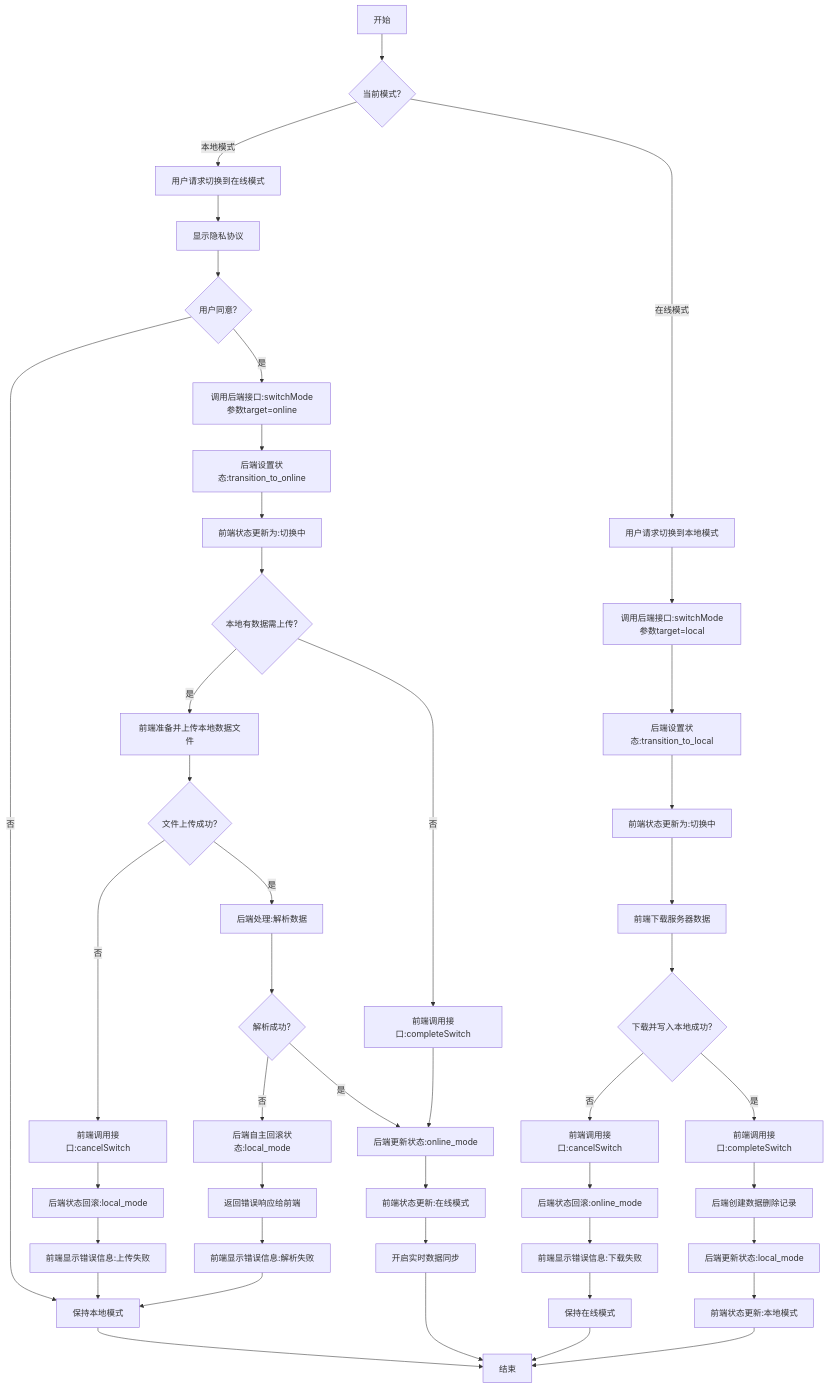
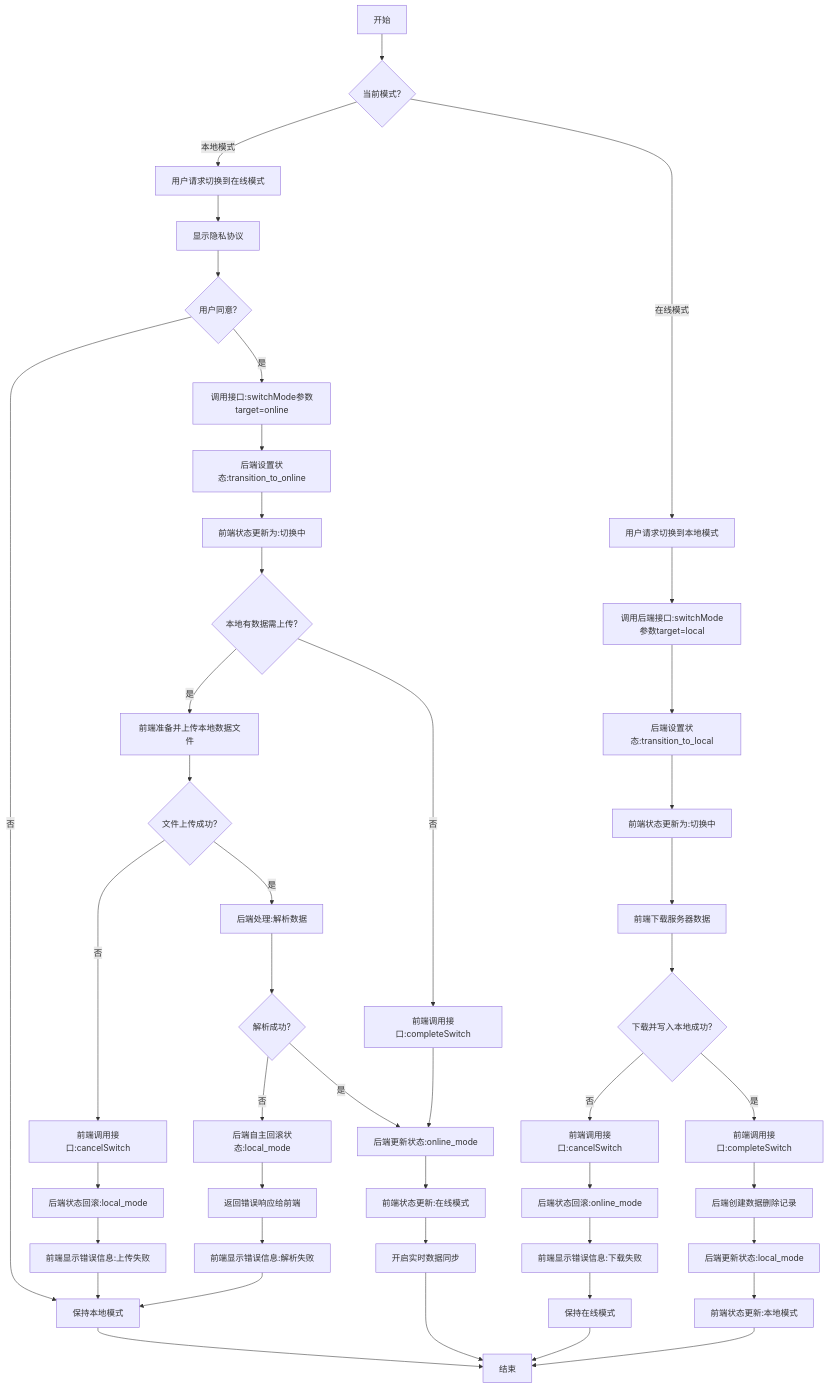
One commit to yingjianzh/iodraw-files changed the diagram in all/未命名-58.md. Above: the diagram before and after it, drawn with Mermaid.

Commit message:
2025-05-14 10:42:42 update

````diff
--- a/all/未命名-58.md
+++ b/all/未命名-58.md
@@ -1,68 +1,68 @@
 ```mermaid
 flowchart TD
     A[开始] --> B{当前模式?}
     
     %% 本地模式转在线模式
     B -->|本地模式| C[用户请求切换到在线模式]
     C --> D[显示隐私协议]
     D --> E{用户同意?}
 
     E -->|否| F[保持本地模式]
     F --> Z[结束]
     
-    E -->|是| G[调用后端接口:switchMode参数target=online]
+    E -->|是| G[调用接口:switchMode参数target=online]
     G --> H[后端设置状态:transition_to_online]
     H --> I[前端状态更新为:切换中]
     
     I --> J{本地有数据需上传?}
     
     %% 有本地数据需上传的情况
     J -->|是| K[前端准备并上传本地数据文件]
     K --> L{文件上传成功?}
     
     %% 上传失败的情况
     L -->|否| M[前端调用接口:cancelSwitch]
     M --> N[后端状态回滚:local_mode]
     N --> O[前端显示错误信息:上传失败]
     O --> F
     
     %% 上传成功但解析失败的情况
     L -->|是| P[后端处理:解析数据]
     P --> Q{解析成功?}
     Q -->|否| R[后端自主回滚状态:local_mode]
     R --> S[返回错误响应给前端]
     S --> T[前端显示错误信息:解析失败]
     T --> F
     
     %% 全部成功的情况
     Q -->|是| U[后端更新状态:online_mode]
     J -->|否| V[前端调用接口:completeSwitch]
     V --> U
     
     U --> W[前端状态更新:在线模式]
     W --> X[开启实时数据同步]
     X --> Z
     
     %% 在线模式转本地模式
     B -->|在线模式| AA[用户请求切换到本地模式]
     AA --> AB[调用后端接口:switchMode参数target=local]
     AB --> AC[后端设置状态:transition_to_local]
     AC --> AD[前端状态更新为:切换中]
     
     AD --> AE[前端下载服务器数据]
     AE --> AF{下载并写入本地成功?}
     
     %% 下载失败的情况
     AF -->|否| AG[前端调用接口:cancelSwitch]
     AG --> AH[后端状态回滚:online_mode]
     AH --> AI[前端显示错误信息:下载失败]
     AI --> AJ[保持在线模式]
     AJ --> Z
     
     %% 下载成功的情况
     AF -->|是| AK[前端调用接口:completeSwitch]
     AK --> AL[后端创建数据删除记录]
     AL --> AM[后端更新状态:local_mode]
     AM --> AN[前端状态更新:本地模式]
     AN --> Z
 ```
````
